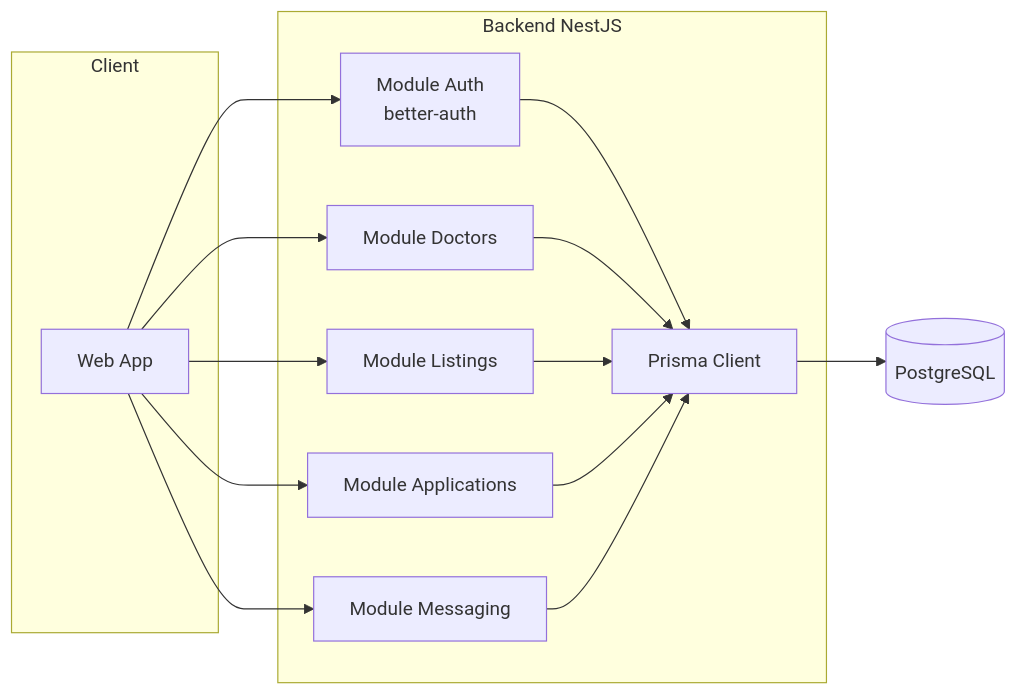
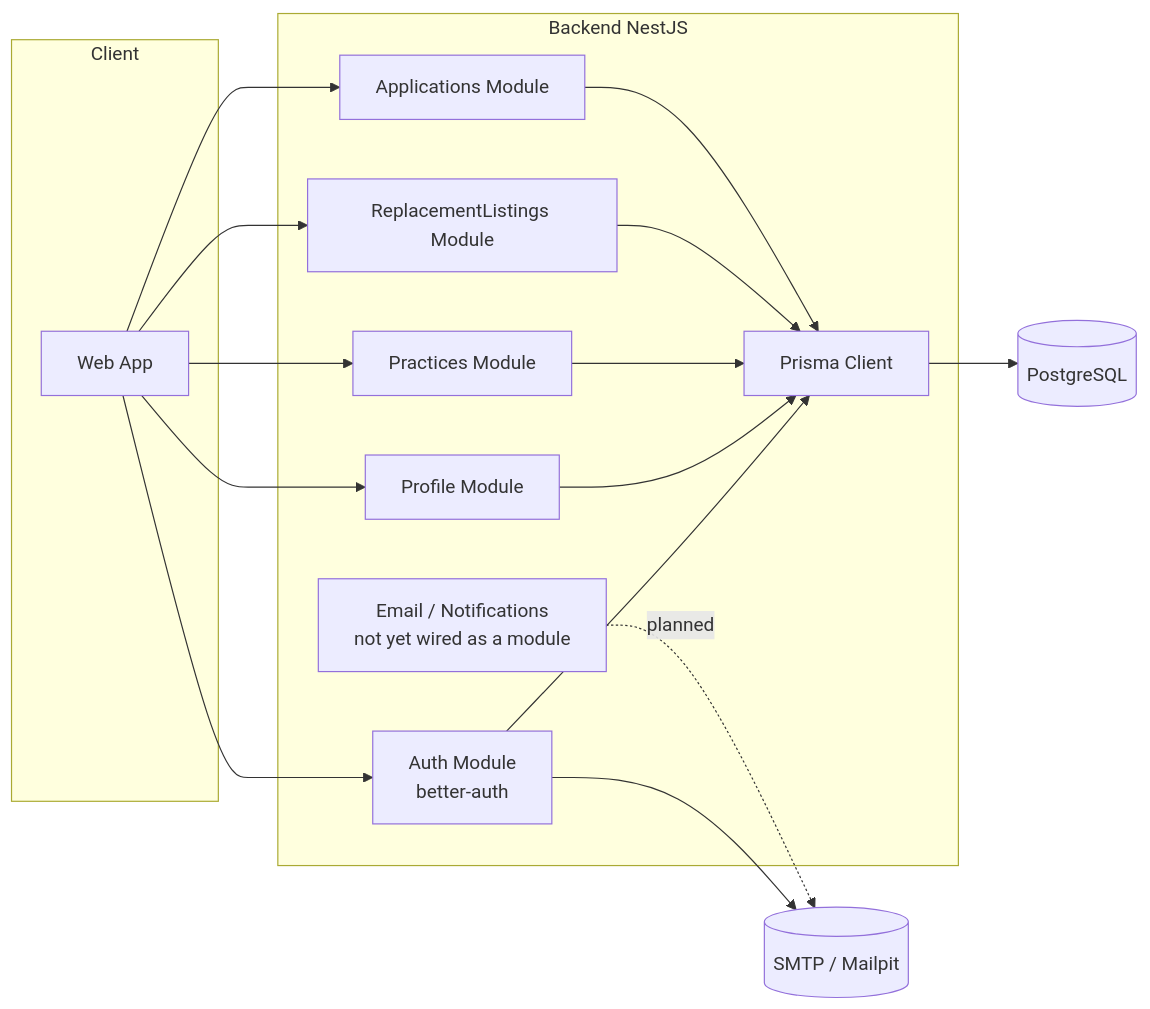
Before and after one commit to lellis-medical-group/kineo-nest-backend: the first of 6 diagrams in README.md, drawn with Mermaid. The commit also changed other lines of this file, not shown here.

````diff
--- a/README.md
+++ b/README.md
@@ -49,31 +53,37 @@
 ```mermaid
 flowchart LR
     subgraph Client
         Web[Web App]
     end
 
     subgraph Backend NestJS
-        Auth[Module Auth
+        Auth[Auth Module
         better-auth]
-        Doctors[Module Doctors]
-        Listings[Module Listings]
-        Applications[Module Applications]
-        Messaging[Module Messaging]
+        Profile[Profile Module]
+        Practices[Practices Module]
+        Listings[ReplacementListings Module]
+        Applications[Applications Module]
+        Notifications[Email / Notifications
+        not yet wired as a module]
         Prisma[Prisma Client]
     end
 
     DB[(PostgreSQL)]
+    SMTP[(SMTP / Mailpit)]
 
     Web --> Auth
-    Web --> Doctors
+    Web --> Profile
+    Web --> Practices
     Web --> Listings
     Web --> Applications
-    Web --> Messaging
 
     Auth --> Prisma
-    Doctors --> Prisma
+    Profile --> Prisma
+    Practices --> Prisma
     Listings --> Prisma
     Applications --> Prisma
-    Messaging --> Prisma
     Prisma --> DB
+
+    Auth --> SMTP
+    Notifications -.planned.-> SMTP
 ```
````
